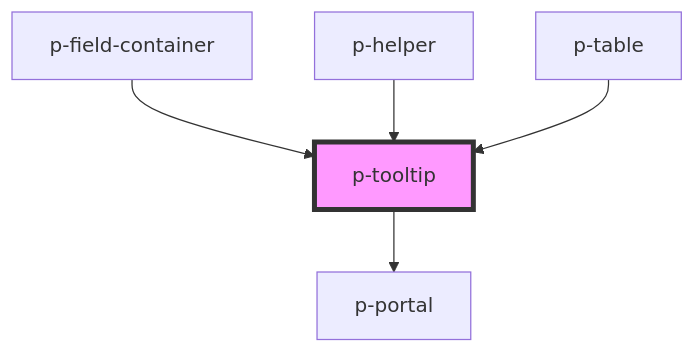
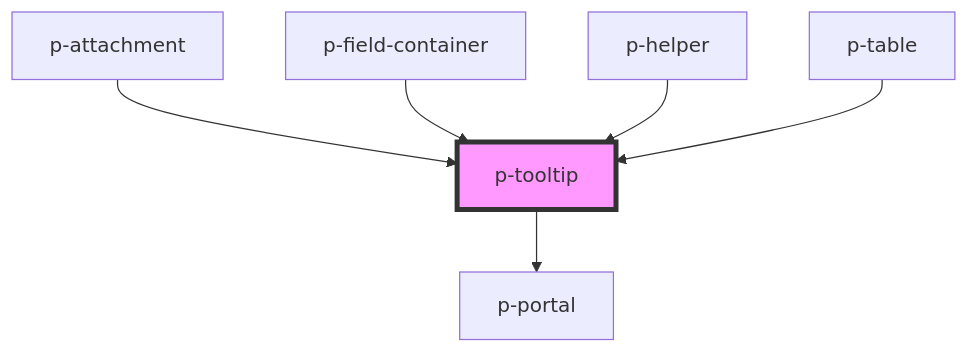
Before and after one commit to Employes/Paperless: the diagram in packages/core/src/components/atoms/tooltip/readme.md, drawn with Mermaid. The commit also changed other lines of this file and 13 other files, not shown here.

````diff
--- a/packages/core/src/components/atoms/tooltip/readme.md
+++ b/packages/core/src/components/atoms/tooltip/readme.md
@@ -43,8 +44,9 @@
 ```mermaid
 graph TD;
   p-tooltip --> p-portal
+  p-attachment --> p-tooltip
   p-field-container --> p-tooltip
   p-helper --> p-tooltip
   p-table --> p-tooltip
   style p-tooltip fill:#f9f,stroke:#333,stroke-width:4px
 ```
````
